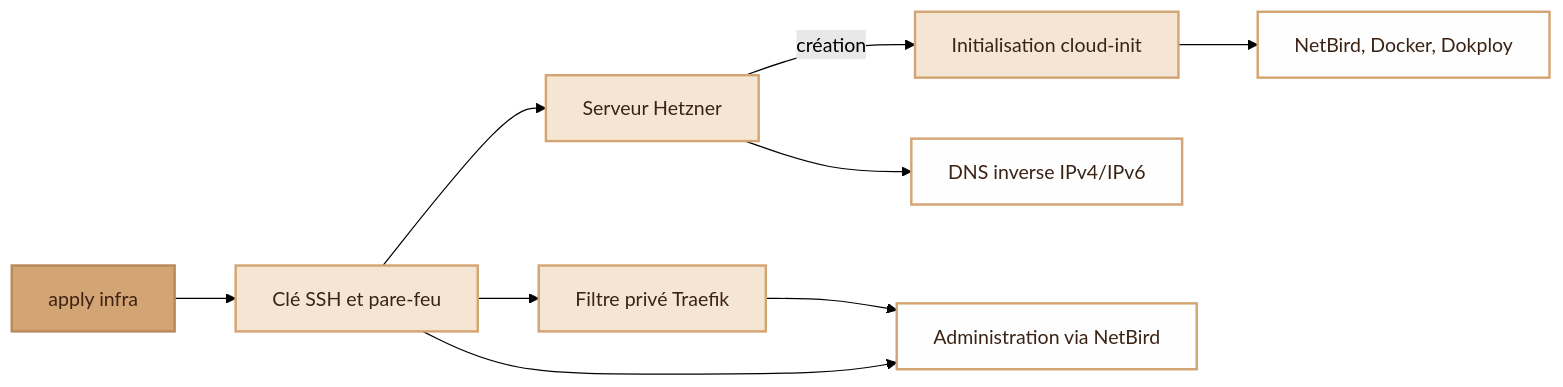
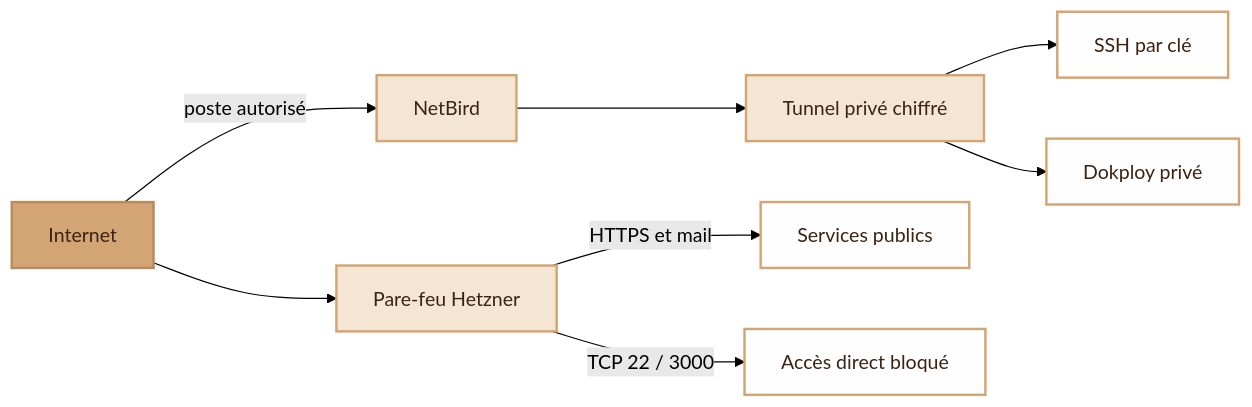
One commit to djdevpro/modern-stack changed the first of 4 diagrams in README.md. Above: the diagram before and after it, drawn with Mermaid (forest theme). The commit also changed other lines of this file and 2 other files, not shown here.

Commit message:
docs: lead with private access and operational architecture

````diff
--- a/README.md
+++ b/README.md
@@ -18,15 +18,14 @@
 ```mermaid
 graph LR
-    A["apply infra"]:::chamois --> B["Clé SSH et pare-feu"]:::beige
-    B --> C["Serveur Hetzner"]:::beige
-    C -->|création| D["Initialisation cloud-init"]:::beige
-    D --> E["NetBird, Docker, Dokploy"]:::blanc
-    C --> F["DNS inverse IPv4/IPv6"]:::blanc
-    B --> G["Filtre privé Traefik"]:::beige
-    G --> H["Administration via NetBird"]:::blanc
-    B --> H
+    A["Internet"]:::chamois -->|"poste autorisé"| B["NetBird"]:::beige
+    B --> C["Tunnel privé chiffré"]:::beige
+    C --> D["SSH par clé"]:::blanc
+    C --> E["Dokploy privé"]:::blanc
+    A --> F["Pare-feu Hetzner"]:::beige
+    F -->|"HTTPS et mail"| G["Services publics"]:::blanc
+    F -->|"TCP 22 / 3000"| H["Accès direct bloqué"]:::blanc
 
     classDef chamois fill:#d4a574,color:#3b2314,stroke:#b8895a,stroke-width:2px
     classDef blanc fill:#fefefe,color:#3b2314,stroke:#d4a574,stroke-width:2px
     classDef beige fill:#f5e6d3,color:#3b2314,stroke:#d4a574,stroke-width:2px
 ```
````
